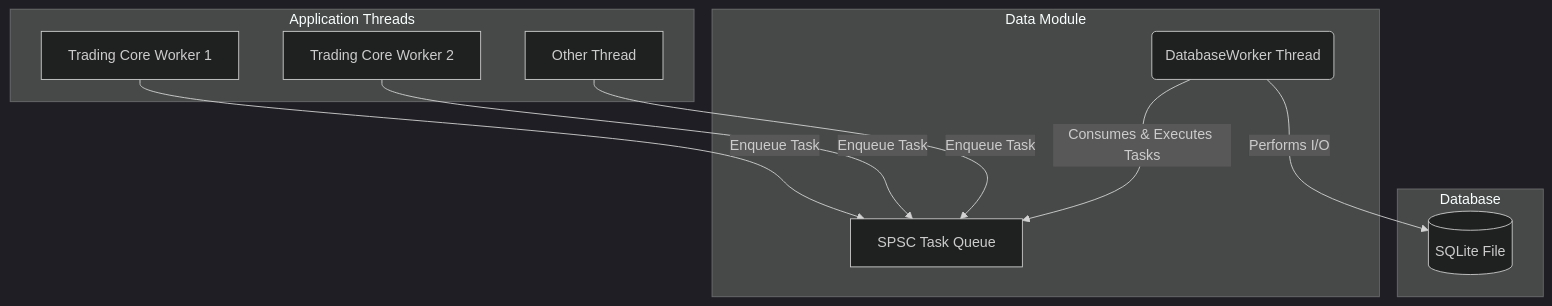
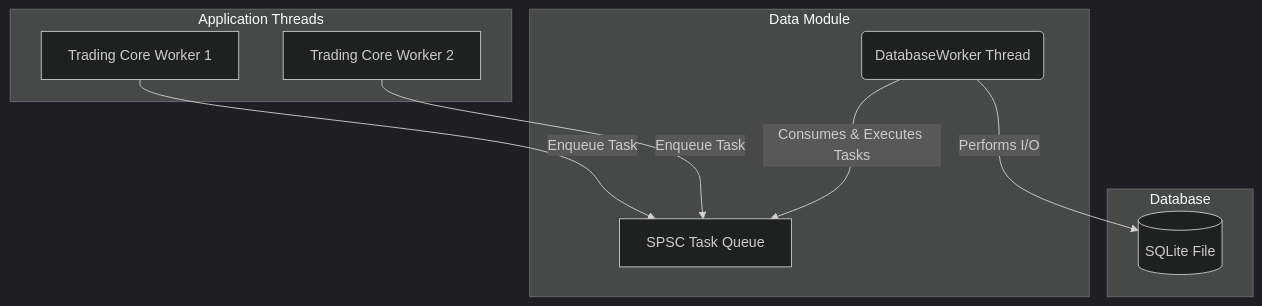
Before and after one commit to SujalChoudhari/BetaTrader: the first of 2 diagrams in core/data/TSD.md, drawn with Mermaid (dark theme). The commit also changed other lines of this file and 5 other files, not shown here.

````diff
--- a/core/data/TSD.md
+++ b/core/data/TSD.md
@@ -13,23 +15,21 @@
 ```mermaid
 graph TD
     subgraph Application Threads
         T1[Trading Core Worker 1]
         T2[Trading Core Worker 2]
-        T3[Other Thread]
     end
 
     subgraph Data Module
         Q[SPSC Task Queue]
         DBW(DatabaseWorker Thread)
     end
 
     subgraph Database
         DB[(SQLite File)]
     end
 
     T1 -- "Enqueue Task" --> Q
     T2 -- "Enqueue Task" --> Q
-    T3 -- "Enqueue Task" --> Q
     DBW -- "Consumes & Executes Tasks" --> Q
     DBW -- "Performs I/O" --> DB
 ```
````
